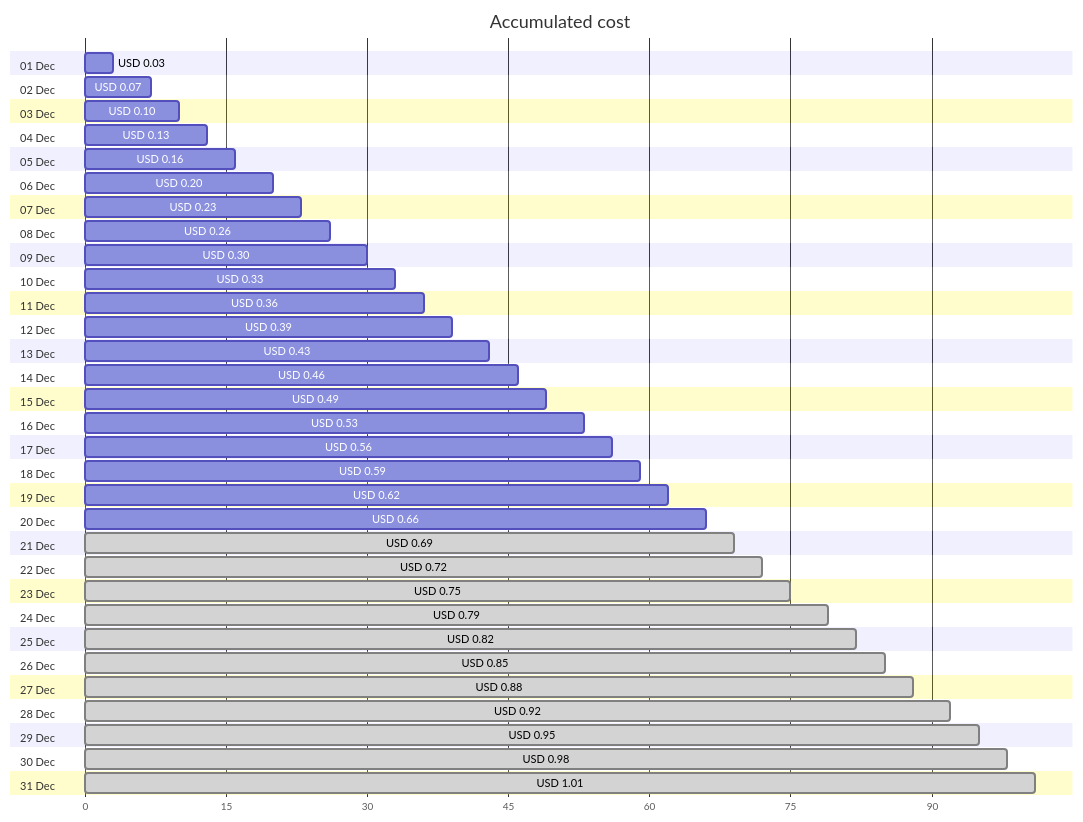
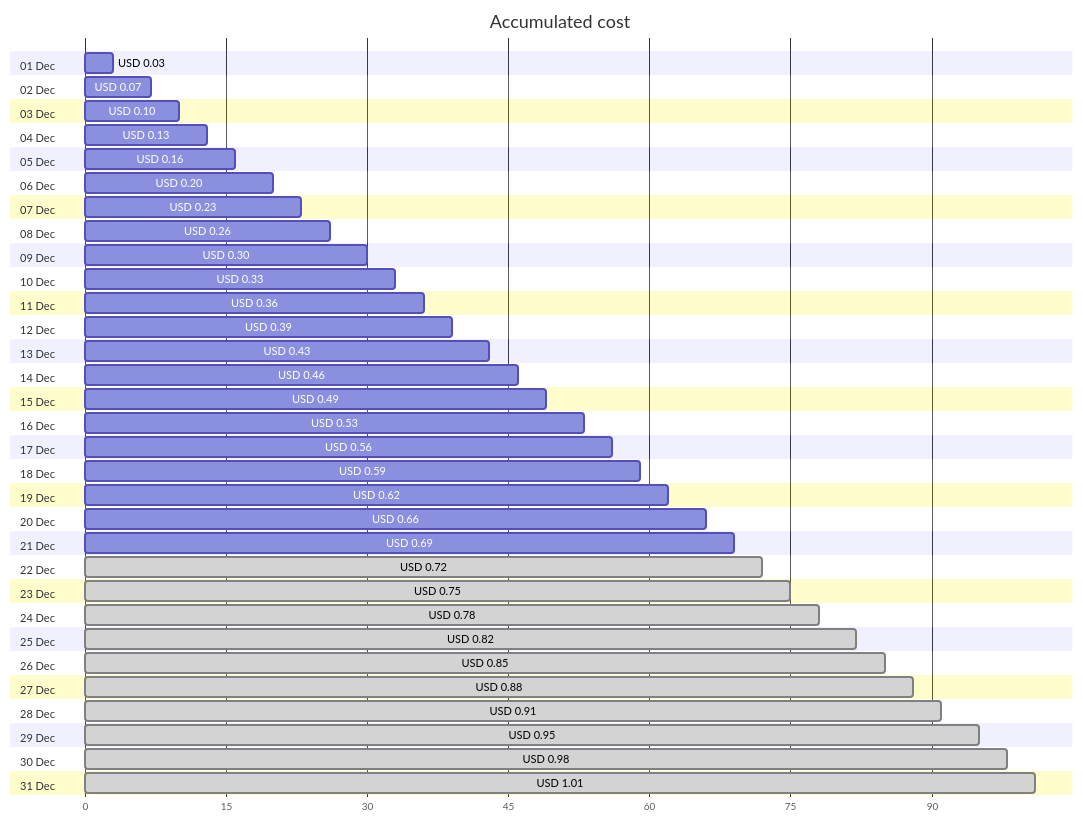
The first of 4 diagrams in cost-reports/personal-dns/README.md (jpfulton/azure-personal-reports), drawn with Mermaid before and after one commit. The commit also changed other lines of this file and 2 other files, not shown here.

````diff
--- a/cost-reports/personal-dns/README.md
+++ b/cost-reports/personal-dns/README.md
@@ -20,68 +20,68 @@
 ```mermaid
 gantt
    title Accumulated cost
    dateFormat  X
    axisFormat %s
    section 01 Dec
    USD 0.03 :0, 3
    section 02 Dec
    USD 0.07 :0, 7
    section 03 Dec
    USD 0.10 :0, 10
    section 04 Dec
    USD 0.13 :0, 13
    section 05 Dec
    USD 0.16 :0, 16
    section 06 Dec
    USD 0.20 :0, 20
    section 07 Dec
    USD 0.23 :0, 23
    section 08 Dec
    USD 0.26 :0, 26
    section 09 Dec
    USD 0.30 :0, 30
    section 10 Dec
    USD 0.33 :0, 33
    section 11 Dec
    USD 0.36 :0, 36
    section 12 Dec
    USD 0.39 :0, 39
    section 13 Dec
    USD 0.43 :0, 43
    section 14 Dec
    USD 0.46 :0, 46
    section 15 Dec
    USD 0.49 :0, 49
    section 16 Dec
    USD 0.53 :0, 53
    section 17 Dec
    USD 0.56 :0, 56
    section 18 Dec
    USD 0.59 :0, 59
    section 19 Dec
    USD 0.62 :0, 62
    section 20 Dec
    USD 0.66 :0, 66
    section 21 Dec
-   USD 0.69 : done, 0, 69
+   USD 0.69 :0, 69
    section 22 Dec
    USD 0.72 : done, 0, 72
    section 23 Dec
    USD 0.75 : done, 0, 75
    section 24 Dec
-   USD 0.79 : done, 0, 79
+   USD 0.78 : done, 0, 78
    section 25 Dec
    USD 0.82 : done, 0, 82
    section 26 Dec
    USD 0.85 : done, 0, 85
    section 27 Dec
    USD 0.88 : done, 0, 88
    section 28 Dec
-   USD 0.92 : done, 0, 92
+   USD 0.91 : done, 0, 91
    section 29 Dec
    USD 0.95 : done, 0, 95
    section 30 Dec
    USD 0.98 : done, 0, 98
    section 31 Dec
    USD 1.01 : done, 0, 101
 ```
````
